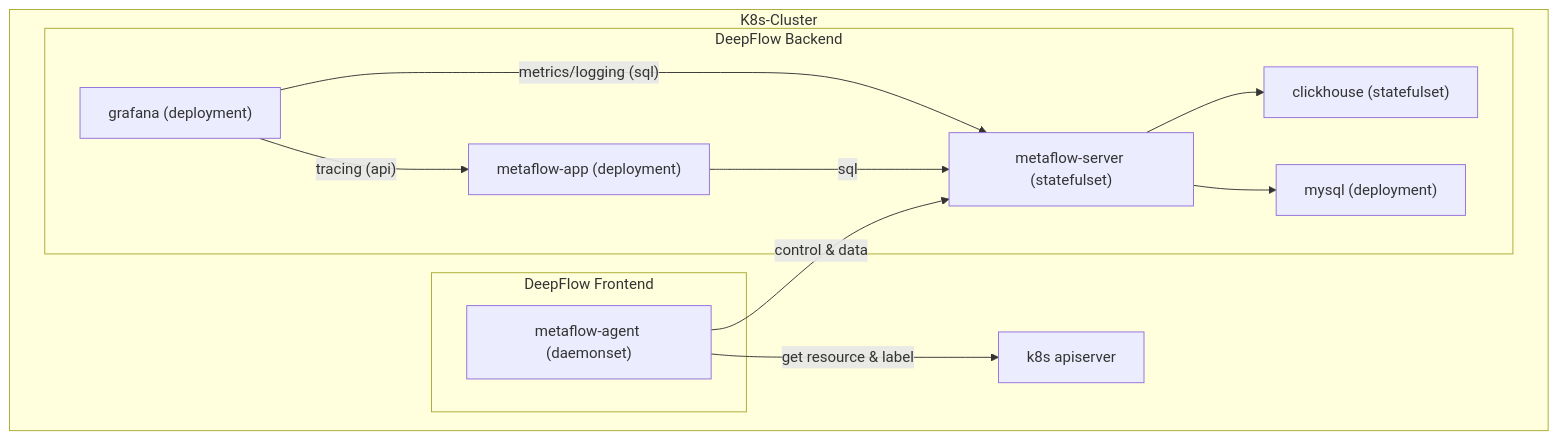
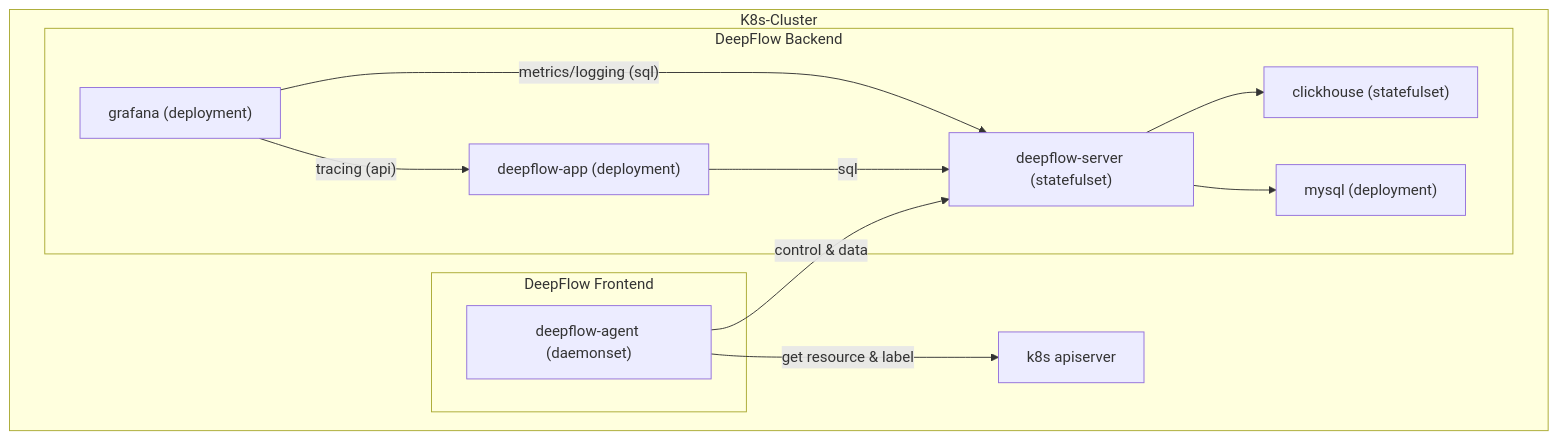
The diagram in zh/02-install/03-single-k8s.md (deepflowio/docs), drawn with Mermaid before and after one commit. The commit also changed other lines of this file and 23 other files, not shown here.

Commit message:
rename metaflow to deepflow

````diff
--- a/zh/02-install/03-single-k8s.md
+++ b/zh/02-install/03-single-k8s.md
@@ -15,28 +15,28 @@
 ```mermaid
 flowchart TD
 
 subgraph K8s-Cluster
   APIServer["k8s apiserver"]
 
   subgraph DeepFlow Backend
-    DeepFlowServer["metaflow-server (statefulset)"]
+    DeepFlowServer["deepflow-server (statefulset)"]
     ClickHouse["clickhouse (statefulset)"]
     MySQL["mysql (deployment)"]
-    DeepFlowApp["metaflow-app (deployment)"]
+    DeepFlowApp["deepflow-app (deployment)"]
     Grafana["grafana (deployment)"]
   end
 
   subgraph DeepFlow Frontend
-    DeepFlowAgent["metaflow-agent (daemonset)"]
+    DeepFlowAgent["deepflow-agent (daemonset)"]
   end
 
   DeepFlowAgent -->|"control & data"| DeepFlowServer
   DeepFlowAgent -->|"get resource & label"| APIServer
 
   DeepFlowServer --> ClickHouse
   DeepFlowServer --> MySQL
   DeepFlowApp -->|sql| DeepFlowServer
   Grafana -->|"metrics/logging (sql)"| DeepFlowServer
   Grafana -->|"tracing (api)"| DeepFlowApp
 end
 ```
````
